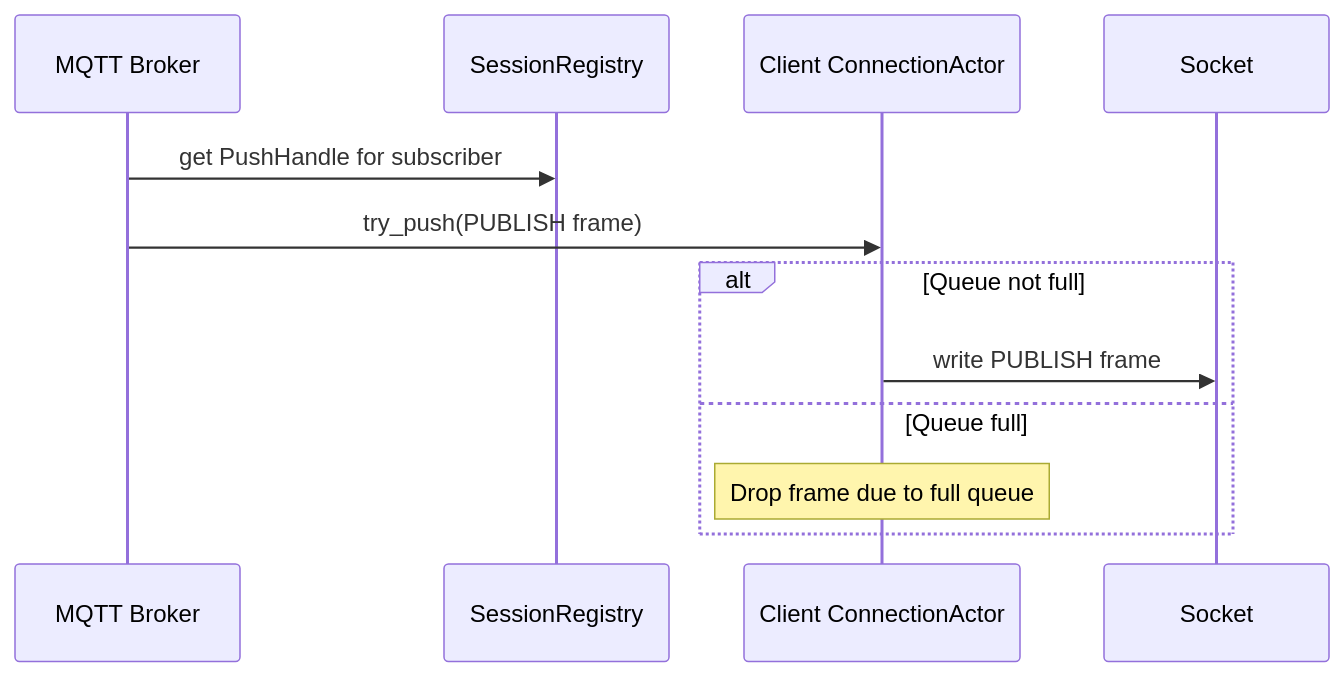
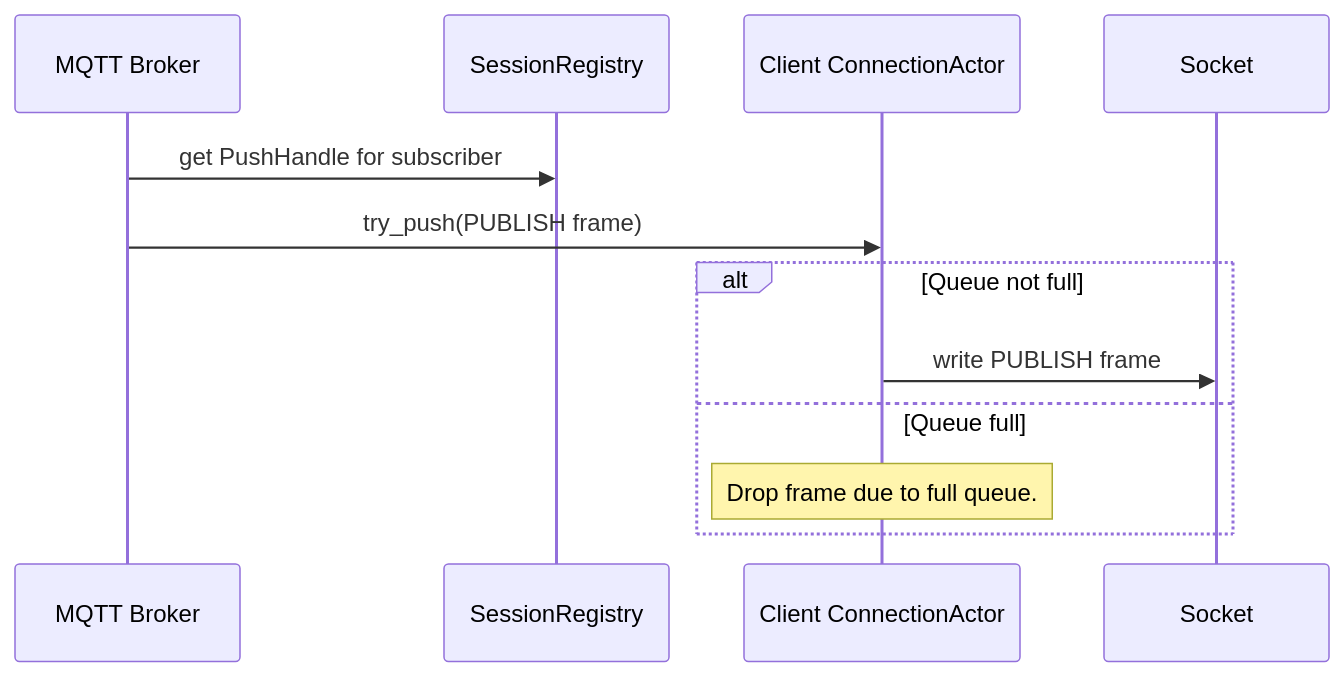
Before and after one commit to leynos/wireframe: the seventh of 7 diagrams in docs/asynchronous-outbound-messaging-design.md, drawn with Mermaid. The commit also changed other lines of this file, not shown here.

````diff
--- a/docs/asynchronous-outbound-messaging-design.md
+++ b/docs/asynchronous-outbound-messaging-design.md
@@ -460,14 +460,14 @@
 ```mermaid
 sequenceDiagram
     participant Broker as MQTT Broker
     participant SessionRegistry
     participant ConnectionActor as Client ConnectionActor
     participant Socket
     Broker->>SessionRegistry: get PushHandle for subscriber
     Broker->>ConnectionActor: try_push(PUBLISH frame)
     alt Queue not full
         ConnectionActor->>Socket: write PUBLISH frame
     else Queue full
-        Note over ConnectionActor: Drop frame due to full queue
+        Note over ConnectionActor: Drop frame due to full queue.
     end
 ```
````
